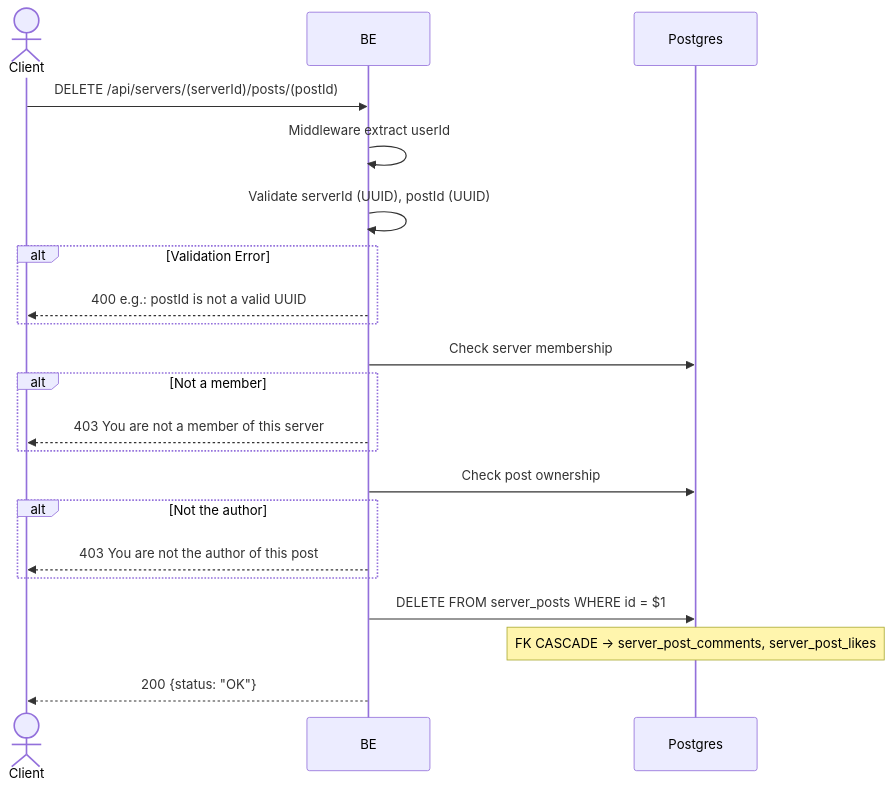
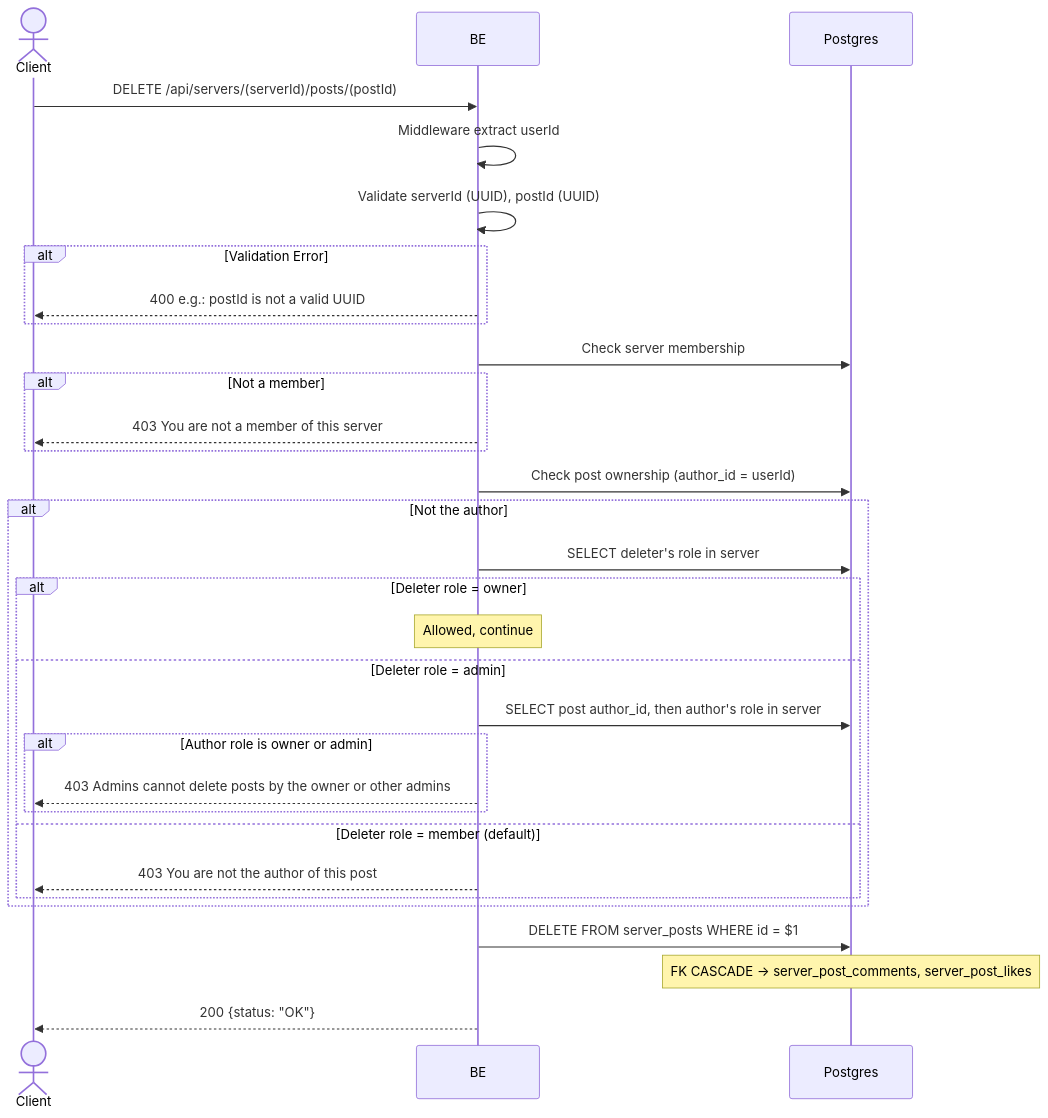
The diagram in docs/flows/en/delete_post.md (ferdian3456/virdanproject), drawn with Mermaid before and after one commit. The commit also changed other lines of this file and 67 other files, not shown here.

First line of the commit message:
Audit and fix API flow docs; add missing Payment/Chat documentation (#42)

````diff
--- a/docs/flows/en/delete_post.md
+++ b/docs/flows/en/delete_post.md
@@ -13,24 +13,34 @@
 ```mermaid
 sequenceDiagram
     actor Client
     participant BE
     participant Postgres
 
     Client->>BE: DELETE /api/servers/(serverId)/posts/(postId)
     BE->>BE: Middleware extract userId
     BE->>BE: Validate serverId (UUID), postId (UUID)
     alt Validation Error
         BE-->>Client: 400 e.g.: postId is not a valid UUID
     end
     BE->>Postgres: Check server membership
     alt Not a member
         BE-->>Client: 403 You are not a member of this server
     end
-    BE->>Postgres: Check post ownership
+    BE->>Postgres: Check post ownership (author_id = userId)
     alt Not the author
-        BE-->>Client: 403 You are not the author of this post
+        BE->>Postgres: SELECT deleter's role in server
+        alt Deleter role = owner
+            note over BE: Allowed, continue
+        else Deleter role = admin
+            BE->>Postgres: SELECT post author_id, then author's role in server
+            alt Author role is owner or admin
+                BE-->>Client: 403 Admins cannot delete posts by the owner or other admins
+            end
+        else Deleter role = member (default)
+            BE-->>Client: 403 You are not the author of this post
+        end
     end
     BE->>Postgres: DELETE FROM server_posts WHERE id = $1
     note over Postgres: FK CASCADE → server_post_comments, server_post_likes
     BE-->>Client: 200 {status: "OK"}
 ```
````
